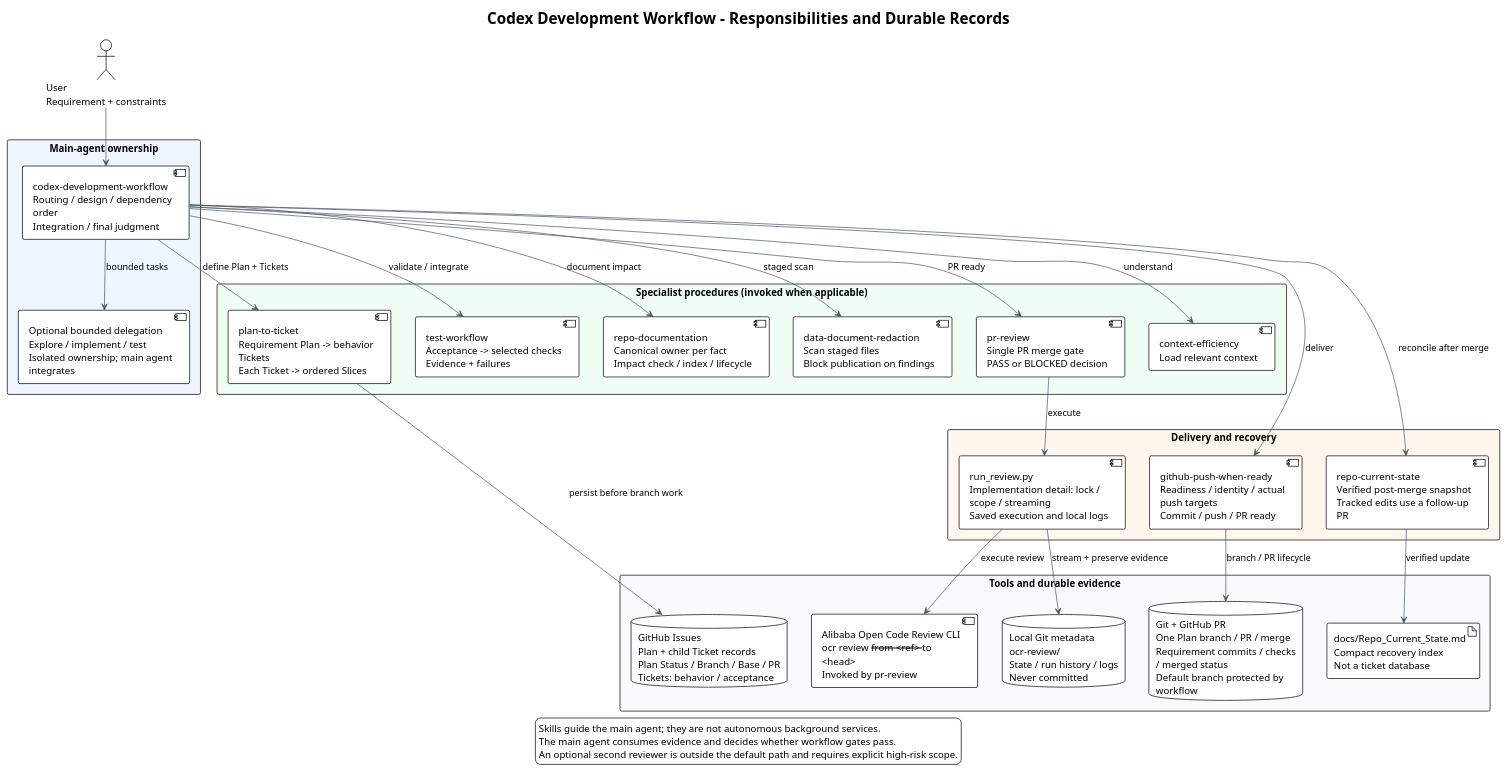
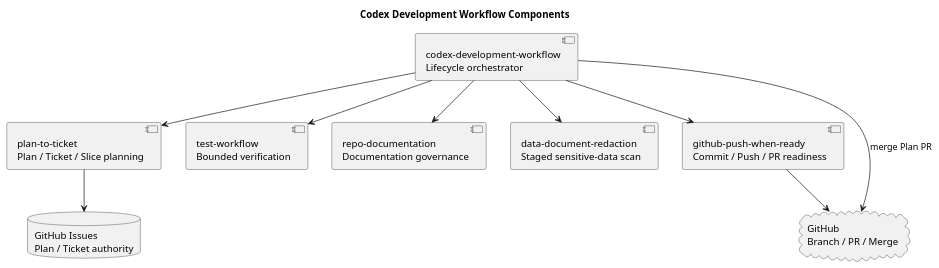
One commit to i-zrhe2016/codex-development-workflow changed the diagram in docs/diagrams/components.puml. Above: the diagram before and after it, drawn with PlantUML. The commit also changed 36 other files, not shown here.

First line of the commit message:
refactor(workflow): remove PR review gate

```diff
--- a/docs/diagrams/components.puml
+++ b/docs/diagrams/components.puml
@@ -1,58 +1,21 @@
 @startuml
-!theme plain
-top to bottom direction
-skinparam defaultFontName Arial
-skinparam shadowing false
-skinparam packageStyle rectangle
-skinparam wrapWidth 210
-skinparam ArrowColor #475569
-title Codex Development Workflow - Responsibilities and Durable Records
+title Codex Development Workflow Components
 
-actor "User\nRequirement + constraints" as user
-package "Main-agent ownership" #EFF6FF {
-  component "codex-development-workflow\nRouting / design / dependency order\nIntegration / final judgment" as main
-  component "Optional bounded delegation\nExplore / implement / test\nIsolated ownership; main agent integrates" as delegates
-}
-package "Specialist procedures (invoked when applicable)" #F0FDF4 {
-  component "context-efficiency\nLoad relevant context" as context
-  component "plan-to-ticket\nRequirement Plan -> behavior Tickets\nEach Ticket -> ordered Slices" as plan
-  component "test-workflow\nAcceptance -> selected checks\nEvidence + failures" as tests
-  component "repo-documentation\nCanonical owner per fact\nImpact check / index / lifecycle" as docs
-  component "data-document-redaction\nScan staged files\nBlock publication on findings" as redact
-  component "pr-review\nSingle PR merge gate\nPASS or BLOCKED decision" as review
-}
-package "Delivery and recovery" #FFF7ED {
-  component "github-push-when-ready\nReadiness / identity / actual push targets\nCommit / push / PR ready" as publish
-  component "run_review.py\nImplementation detail: lock / scope / streaming\nSaved execution and local logs" as runner
-  component "repo-current-state\nVerified post-merge snapshot\nTracked edits use a follow-up PR" as state
-}
-package "Tools and durable evidence" #F8FAFC {
-  database "GitHub Issues\nPlan + child Ticket records\nPlan Status / Branch / Base / PR\nTickets: behavior / acceptance" as issues
-  database "Git + GitHub PR\nOne Plan branch / PR / merge\nRequirement commits / checks / merged status\nDefault branch protected by workflow" as github
-  component "Alibaba Open Code Review CLI\nocr review --from <ref> --to <head>\nInvoked by pr-review" as cli
-  database "Local Git metadata\nocr-review/\nState / run history / logs\nNever committed" as logs
-  artifact "docs/Repo_Current_State.md\nCompact recovery index\nNot a ticket database" as snapshot
-}
+component "codex-development-workflow\nLifecycle orchestrator" as main
+component "plan-to-ticket\nPlan / Ticket / Slice planning" as plan
+component "test-workflow\nBounded verification" as test
+component "repo-documentation\nDocumentation governance" as docs
+component "data-document-redaction\nStaged sensitive-data scan" as redact
+component "github-push-when-ready\nCommit / Push / PR readiness" as publish
+database "GitHub Issues\nPlan / Ticket authority" as issues
+cloud "GitHub\nBranch / PR / Merge" as github
 
-user --> main
-main --> delegates : bounded tasks
-main --> context : understand
-main --> plan : define Plan + Tickets
-main --> tests : validate / integrate
-main --> docs : document impact
-main --> redact : staged scan
-main --> publish : deliver
-main --> review : PR ready
-main --> state : reconcile after merge
-plan --> issues : persist before branch work
-publish --> github : branch / PR lifecycle
-review --> runner : execute
-runner --> cli : execute review
-runner --> logs : stream + preserve evidence
-state --> snapshot : verified update
-legend bottom
-Skills guide the main agent; they are not autonomous background services.
-The main agent consumes evidence and decides whether workflow gates pass.
-An optional second reviewer is outside the default path and requires explicit high-risk scope.
-endlegend
+main --> plan
+plan --> issues
+main --> test
+main --> docs
+main --> redact
+main --> publish
+publish --> github
+main --> github : merge Plan PR
 @enduml
```
